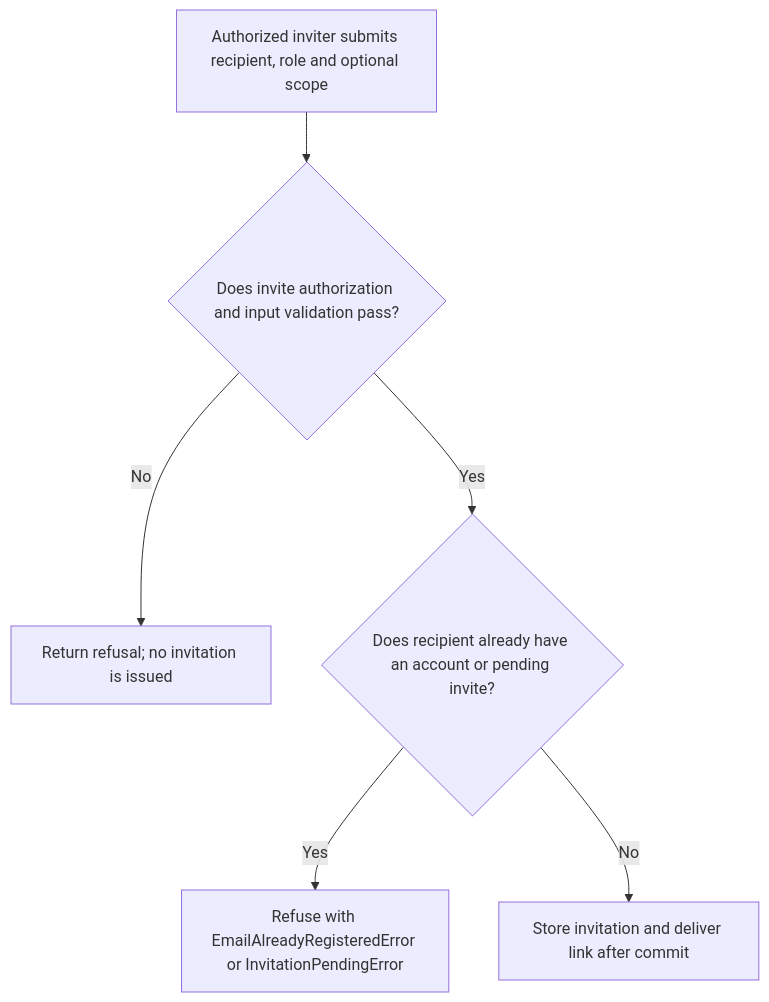
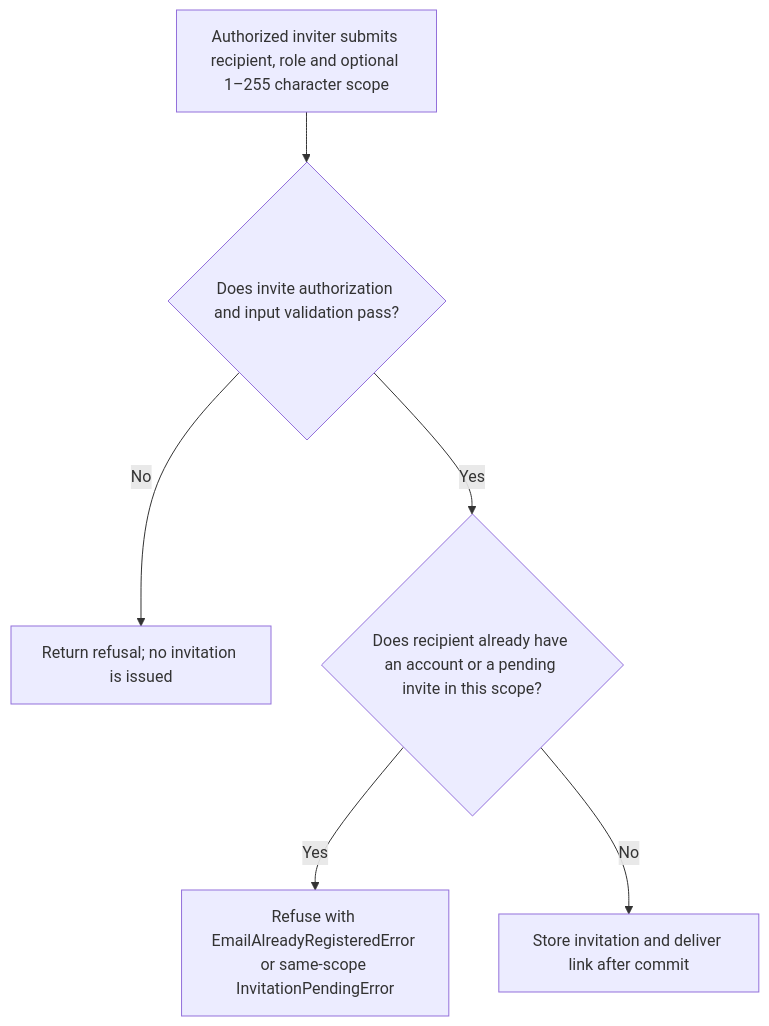
One commit to Kevinjohn/oss-adonisjs-account-kit changed the first of 2 diagrams in user-stories/US-ACCOUNT-08-send-invitation.md. Above: the diagram before and after it, drawn with Mermaid. The commit also changed other lines of this file and 17 other files, not shown here.

````diff
--- a/user-stories/US-ACCOUNT-08-send-invitation.md
+++ b/user-stories/US-ACCOUNT-08-send-invitation.md
@@ -20,8 +20,8 @@
 ```mermaid
 flowchart TD
- A["Authorized inviter submits recipient, role and optional scope"] --> B{"Does invite authorization and input validation pass?"}
+ A["Authorized inviter submits recipient, role and optional 1–255 character scope"] --> B{"Does invite authorization and input validation pass?"}
  B -->|No| C["Return refusal; no invitation is issued"]
- B -->|Yes| D{"Does recipient already have an account or pending invite?"}
- D -->|Yes| E["Refuse with EmailAlreadyRegisteredError or InvitationPendingError"]
+ B -->|Yes| D{"Does recipient already have an account or a pending invite in this scope?"}
+ D -->|Yes| E["Refuse with EmailAlreadyRegisteredError or same-scope InvitationPendingError"]
  D -->|No| F["Store invitation and deliver link after commit"]
 ```
````
